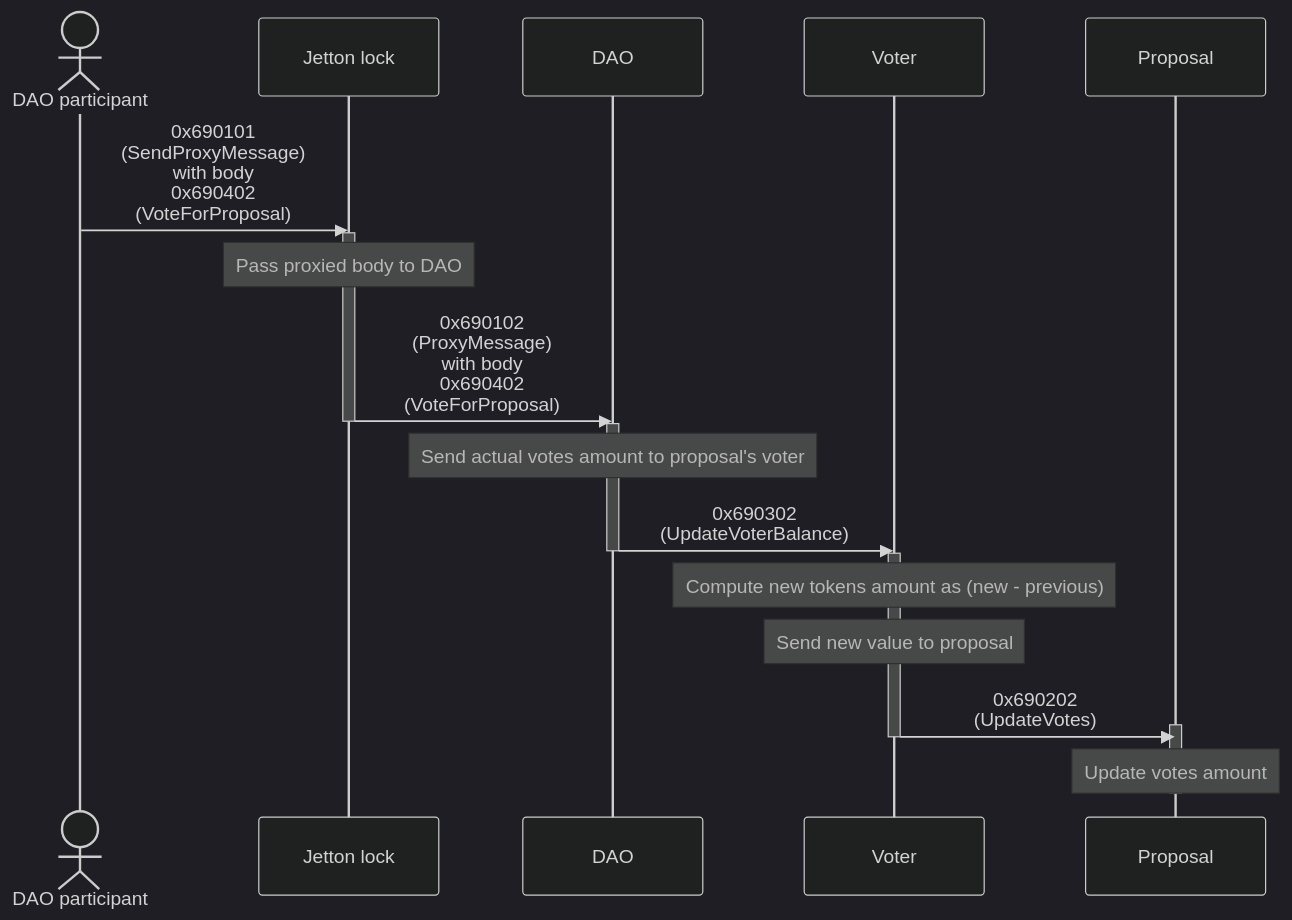
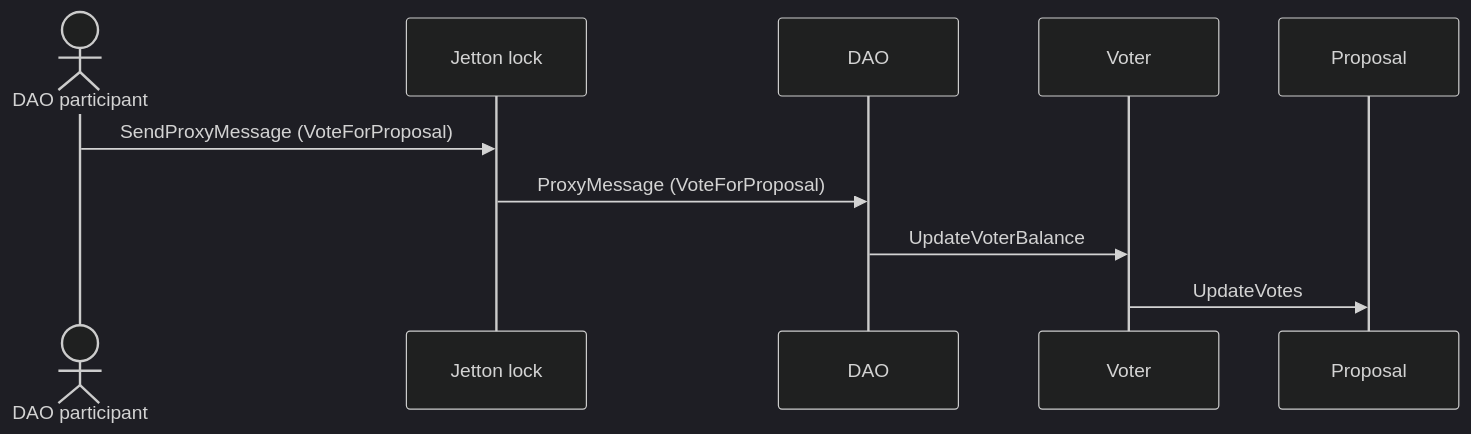
One commit to supadupadao/skipper changed the fourth of 4 diagrams in docs/ARCHITECTURE.md. Above: the diagram before and after it, drawn with Mermaid (dark theme). The commit also changed other lines of this file and 11 other files, not shown here.

````diff
--- a/docs/ARCHITECTURE.md
+++ b/docs/ARCHITECTURE.md
@@ -136,26 +115,13 @@
 ```mermaid
 sequenceDiagram
   actor wallet as DAO participant
   participant lock as Jetton lock
   participant dao as DAO
   participant voter as Voter
   participant proposal as Proposal
 
-  wallet ->> lock: 0x690101<br/>(SendProxyMessage)<br/>with body<br/>0x690402<br/>(VoteForProposal)
-  activate lock
-  Note over lock: Pass proxied body to DAO
-  lock ->> dao: 0x690102<br/>(ProxyMessage)<br/>with body<br/>0x690402<br/>(VoteForProposal)
-  deactivate lock
-  activate dao
-  Note over dao: Send actual votes amount to proposal's voter
-  dao ->> voter: 0x690302<br/>(UpdateVoterBalance)
-  deactivate dao
-  activate voter
-  Note over voter: Compute new tokens amount as (new - previous)
-  Note over voter: Send new value to proposal
-  voter ->> proposal: 0x690202<br/>(UpdateVotes)
-  activate proposal
-  deactivate voter
-  Note over proposal: Update votes amount
-  deactivate proposal
+  wallet ->> lock: SendProxyMessage (VoteForProposal)
+  lock ->> dao: ProxyMessage (VoteForProposal)
+  dao ->> voter: UpdateVoterBalance
+  voter ->> proposal: UpdateVotes
 ```
````
